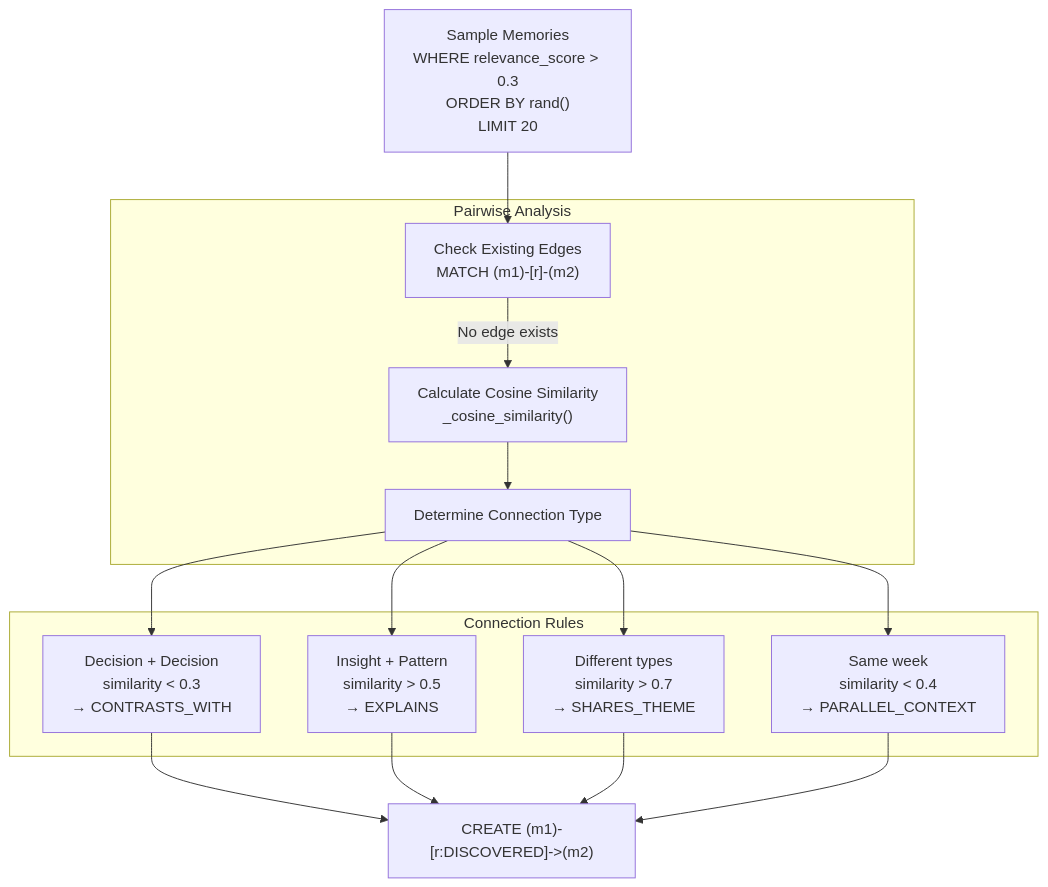
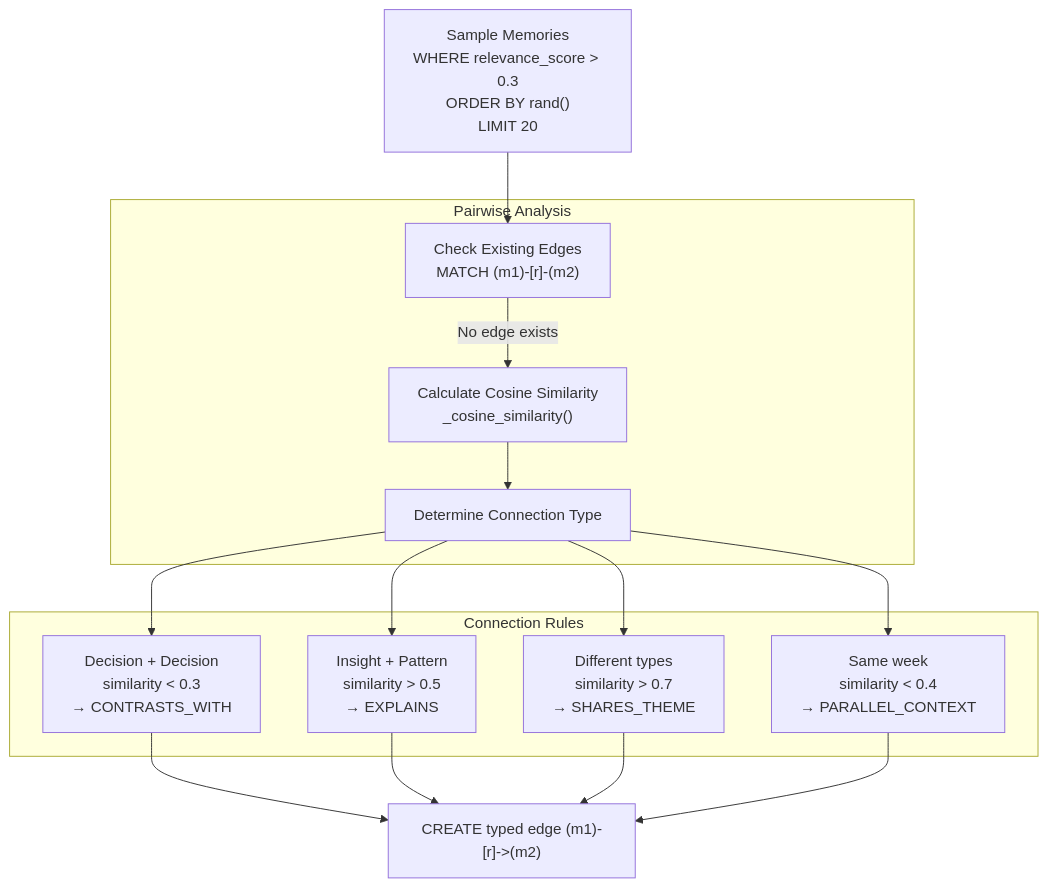
Before and after one commit to verygoodplugins/automem-website: the third of 5 diagrams in src/content/docs/docs/core-concepts/consolidation.md, drawn with Mermaid. The commit also changed other lines of this file and 48 other files, not shown here.

````diff
--- a/src/content/docs/docs/core-concepts/consolidation.md
+++ b/src/content/docs/docs/core-concepts/consolidation.md
@@ -180,30 +180,30 @@
 ```mermaid
 graph TB
     Sample["Sample Memories<br/>WHERE relevance_score > 0.3<br/>ORDER BY rand()<br/>LIMIT 20"]
 
     subgraph "Pairwise Analysis"
         Check["Check Existing Edges<br/>MATCH (m1)-[r]-(m2)"]
         Similarity["Calculate Cosine Similarity<br/>_cosine_similarity()"]
         Type["Determine Connection Type"]
     end
 
     subgraph "Connection Rules"
         R1["Decision + Decision<br/>similarity < 0.3<br/>→ CONTRASTS_WITH"]
         R2["Insight + Pattern<br/>similarity > 0.5<br/>→ EXPLAINS"]
         R3["Different types<br/>similarity > 0.7<br/>→ SHARES_THEME"]
         R4["Same week<br/>similarity < 0.4<br/>→ PARALLEL_CONTEXT"]
     end
 
     Sample --> Check
     Check -->|"No edge exists"| Similarity
     Similarity --> Type
     Type --> R1
     Type --> R2
     Type --> R3
     Type --> R4
 
-    R1 --> Create["CREATE (m1)-[r:DISCOVERED]->(m2)"]
+    R1 --> Create["CREATE typed edge (m1)-[r]->(m2)"]
     R2 --> Create
     R3 --> Create
     R4 --> Create
 ```
````
